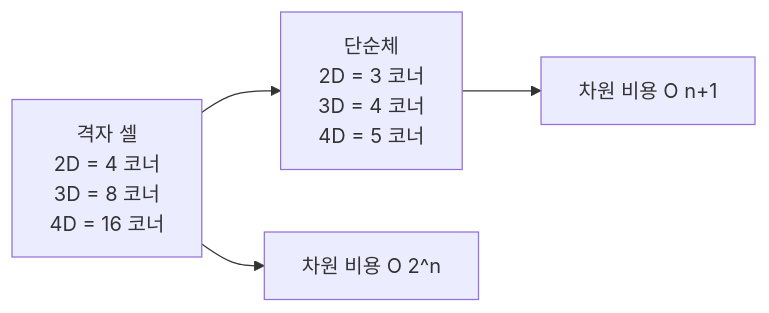
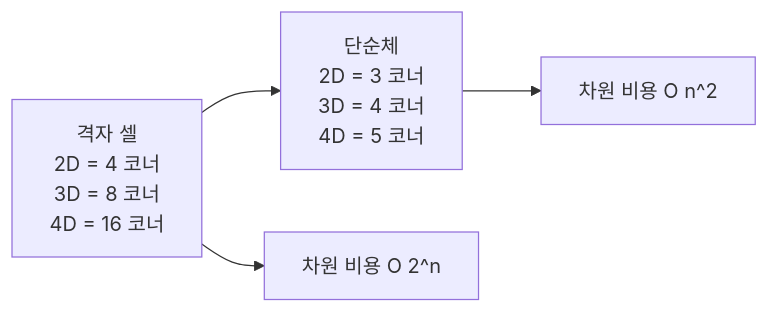
Before and after one commit to Rein-ArXiv/game-dev-curriculum: the fourth of 7 diagrams in math/part10_procedural_noise.md, drawn with Mermaid. The commit also changed other lines of this file and 1129 other files, not shown here.

````diff
--- a/math/part10_procedural_noise.md
+++ b/math/part10_procedural_noise.md
@@ -283,6 +283,6 @@
 ```mermaid
 flowchart LR
     Grid[격자 셀<br/>2D = 4 코너<br/>3D = 8 코너<br/>4D = 16 코너] --> Simplex[단순체<br/>2D = 3 코너<br/>3D = 4 코너<br/>4D = 5 코너]
     Grid --> Cost[차원 비용 O 2^n]
-    Simplex --> Cost2[차원 비용 O n+1]
+    Simplex --> Cost2[차원 비용 O n^2]
 ```
````
